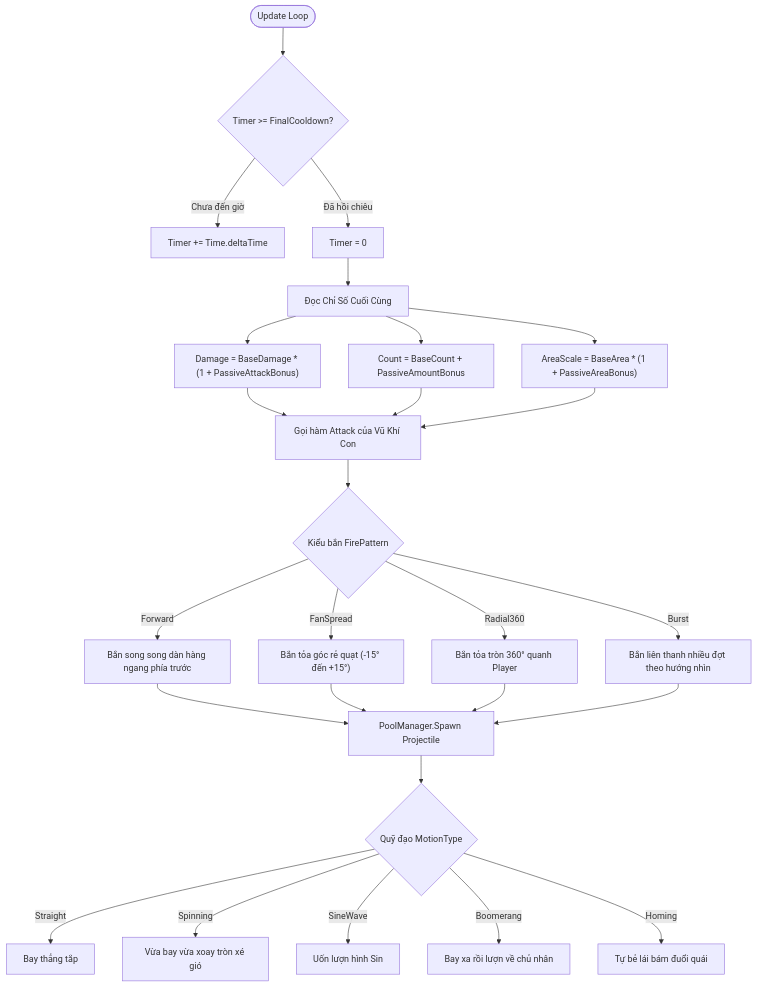
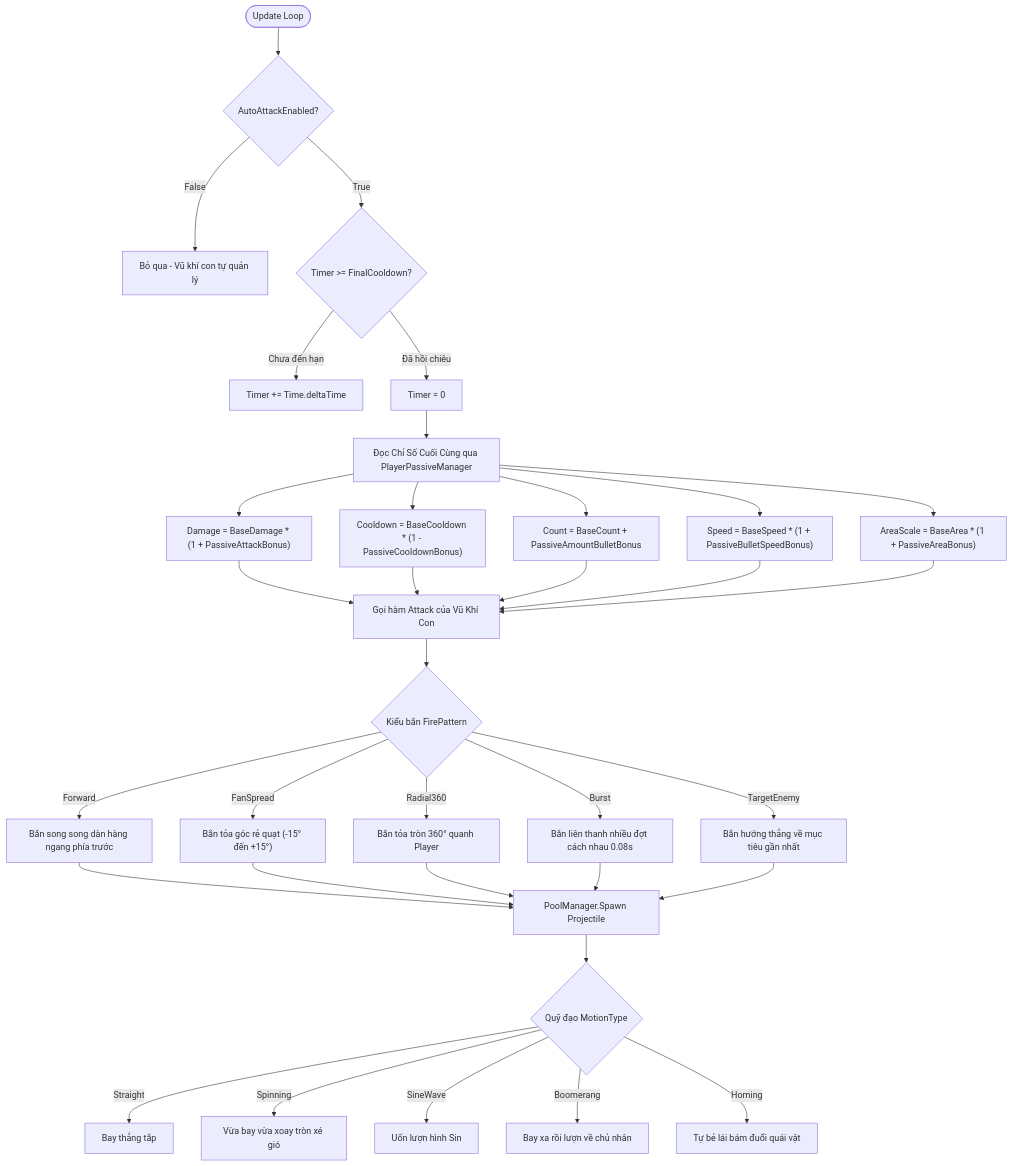
One commit to PhamTienThang2510/Game2d-TopDown-rougelike-VampireSurvivalLike changed the third of 3 diagrams in Docs/UML_ARCHITECTURE.md. Above: the diagram before and after it, drawn with Mermaid. The commit also changed other lines of this file, not shown here.

Commit message:
Docs: Cập nhật sơ đồ UML theo kiến trúc WeaponBase, WeaponController và EventBus

````diff
--- a/Docs/UML_ARCHITECTURE.md
+++ b/Docs/UML_ARCHITECTURE.md
@@ -246,28 +343,34 @@
 ```mermaid
 flowchart TD
-    Start([Update Loop]) --> CheckTimer{Timer >= FinalCooldown?}
-    CheckTimer -- Chưa đến giờ --> Wait[Timer += Time.deltaTime]
+    Start([Update Loop]) --> CheckAuto{AutoAttackEnabled?}
+    CheckAuto -- False --> Skip[Bỏ qua - Vũ khí con tự quản lý]
+    CheckAuto -- True --> CheckTimer{Timer >= FinalCooldown?}
+    
+    CheckTimer -- Chưa đến hạn --> Wait[Timer += Time.deltaTime]
     CheckTimer -- Đã hồi chiêu --> ResetTimer[Timer = 0]
     
-    ResetTimer --> ReadStats[Đọc Chỉ Số Cuối Cùng]
+    ResetTimer --> ReadStats[Đọc Chỉ Số Cuối Cùng qua PlayerPassiveManager]
     ReadStats --> Dmg["Damage = BaseDamage * (1 + PassiveAttackBonus)"]
-    ReadStats --> Amount["Count = BaseCount + PassiveAmountBonus"]
+    ReadStats --> Cooldown["Cooldown = BaseCooldown * (1 - PassiveCooldownBonus)"]
+    ReadStats --> ProjCount["Count = BaseCount + PassiveAmountBulletBonus"]
+    ReadStats --> Speed["Speed = BaseSpeed * (1 + PassiveBulletSpeedBonus)"]
     ReadStats --> Area["AreaScale = BaseArea * (1 + PassiveAreaBonus)"]
     
-    Dmg & Amount & Area --> CallAttack[Gọi hàm Attack của Vũ Khí Con]
+    Dmg & Cooldown & ProjCount & Speed & Area --> CallAttack[Gọi hàm Attack của Vũ Khí Con]
     
     CallAttack --> PatternCheck{Kiểu bắn FirePattern}
     PatternCheck -- Forward --> P1[Bắn song song dàn hàng ngang phía trước]
     PatternCheck -- FanSpread --> P2["Bắn tỏa góc rẻ quạt (-15° đến +15°)"]
     PatternCheck -- Radial360 --> P3[Bắn tỏa tròn 360° quanh Player]
-    PatternCheck -- Burst --> P4[Bắn liên thanh nhiều đợt theo hướng nhìn]
+    PatternCheck -- Burst --> P4[Bắn liên thanh nhiều đợt cách nhau 0.08s]
+    PatternCheck -- TargetEnemy --> P5[Bắn hướng thẳng về mục tiêu gần nhất]
     
-    P1 & P2 & P3 & P4 --> SpawnProj[PoolManager.Spawn Projectile]
+    P1 & P2 & P3 & P4 & P5 --> SpawnProj[PoolManager.Spawn Projectile]
     
     SpawnProj --> MotionCheck{Quỹ đạo MotionType}
     MotionCheck -- Straight --> M1[Bay thẳng tắp]
     MotionCheck -- Spinning --> M2[Vừa bay vừa xoay tròn xé gió]
     MotionCheck -- SineWave --> M3[Uốn lượn hình Sin]
     MotionCheck -- Boomerang --> M4[Bay xa rồi lượn về chủ nhân]
-    MotionCheck -- Homing --> M5[Tự bẻ lái bám đuổi quái]
+    MotionCheck -- Homing --> M5[Tự bẻ lái bám đuổi quái vật]
 ```
````
